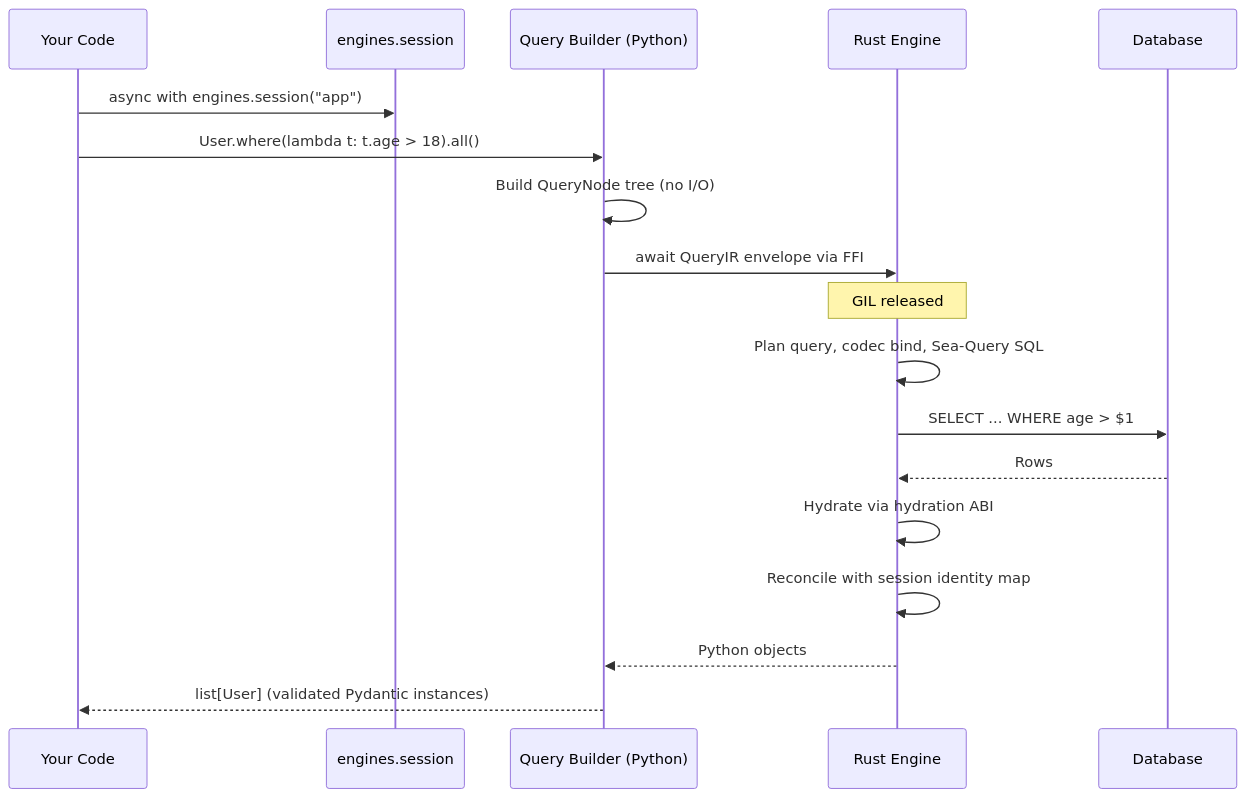
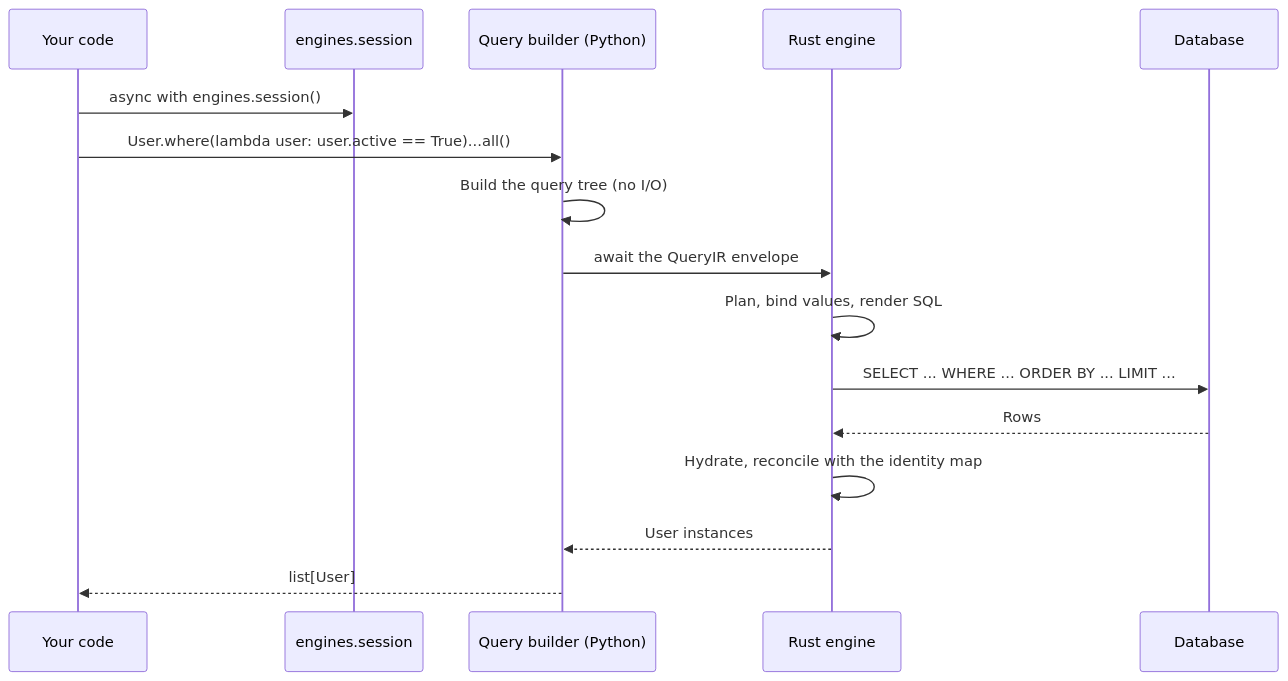
Before and after one commit to syn54x/ferro-orm: the third of 4 diagrams in docs/pages/concepts/architecture.md, drawn with Mermaid. The commit also changed other lines of this file and 229 other files, not shown here.

First line of the commit message:
docs: every page one kind, every block runs, the SQL beside every query (#698) (#777)

````diff
--- a/docs/pages/concepts/architecture.md
+++ b/docs/pages/concepts/architecture.md
@@ -133,21 +148,19 @@
 ```mermaid
 sequenceDiagram
-    participant App as Your Code
+    participant App as Your code
     participant Session as engines.session
-    participant QB as Query Builder (Python)
-    participant Rust as Rust Engine
+    participant QB as Query builder (Python)
+    participant Rust as Rust engine
     participant DB as Database
 
-    App->>Session: async with engines.session("app")
-    App->>QB: User.where(lambda t: t.age > 18).all()
-    QB->>QB: Build QueryNode tree (no I/O)
-    QB->>Rust: await QueryIR envelope via FFI
-    Note over Rust: GIL released
-    Rust->>Rust: Plan query, codec bind, Sea-Query SQL
-    Rust->>DB: SELECT ... WHERE age > $1
+    App->>Session: async with engines.session()
+    App->>QB: User.where(lambda user: user.active == True)...all()
+    QB->>QB: Build the query tree (no I/O)
+    QB->>Rust: await the QueryIR envelope
+    Rust->>Rust: Plan, bind values, render SQL
+    Rust->>DB: SELECT ... WHERE ... ORDER BY ... LIMIT ...
     DB-->>Rust: Rows
-    Rust->>Rust: Hydrate via hydration ABI
-    Rust->>Rust: Reconcile with session identity map
-    Rust-->>QB: Python objects
-    QB-->>App: list[User] (validated Pydantic instances)
+    Rust->>Rust: Hydrate, reconcile with the identity map
+    Rust-->>QB: User instances
+    QB-->>App: list[User]
 ```
````
